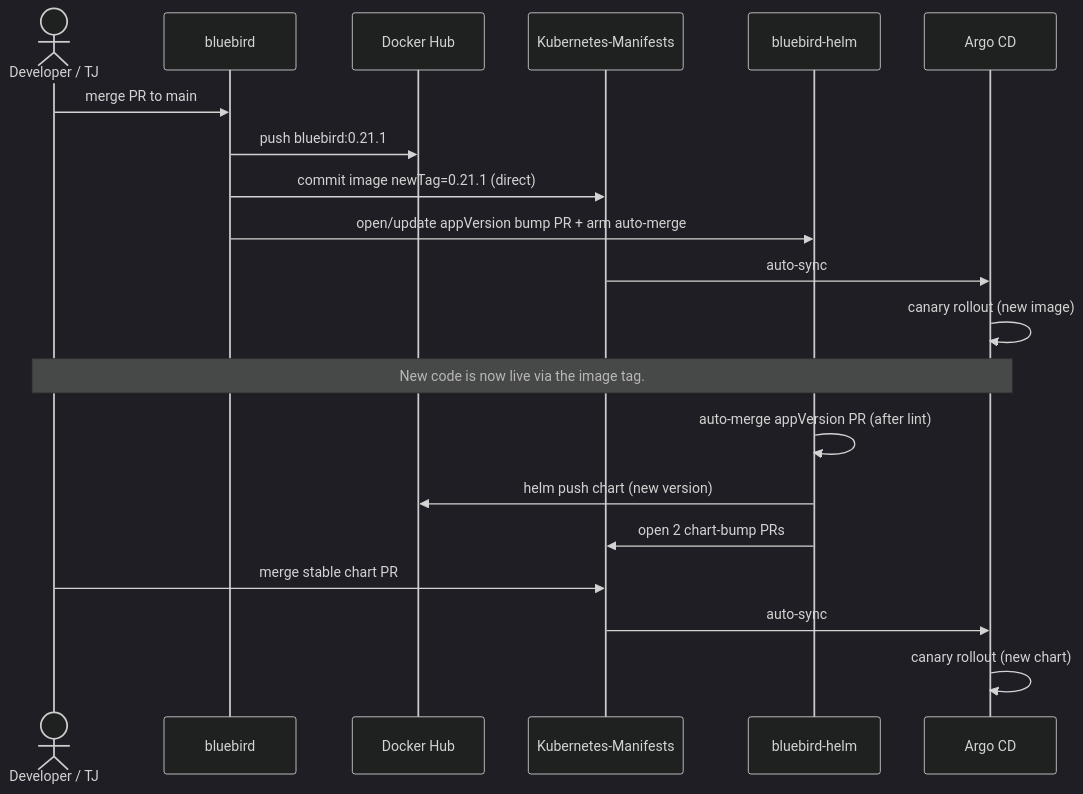
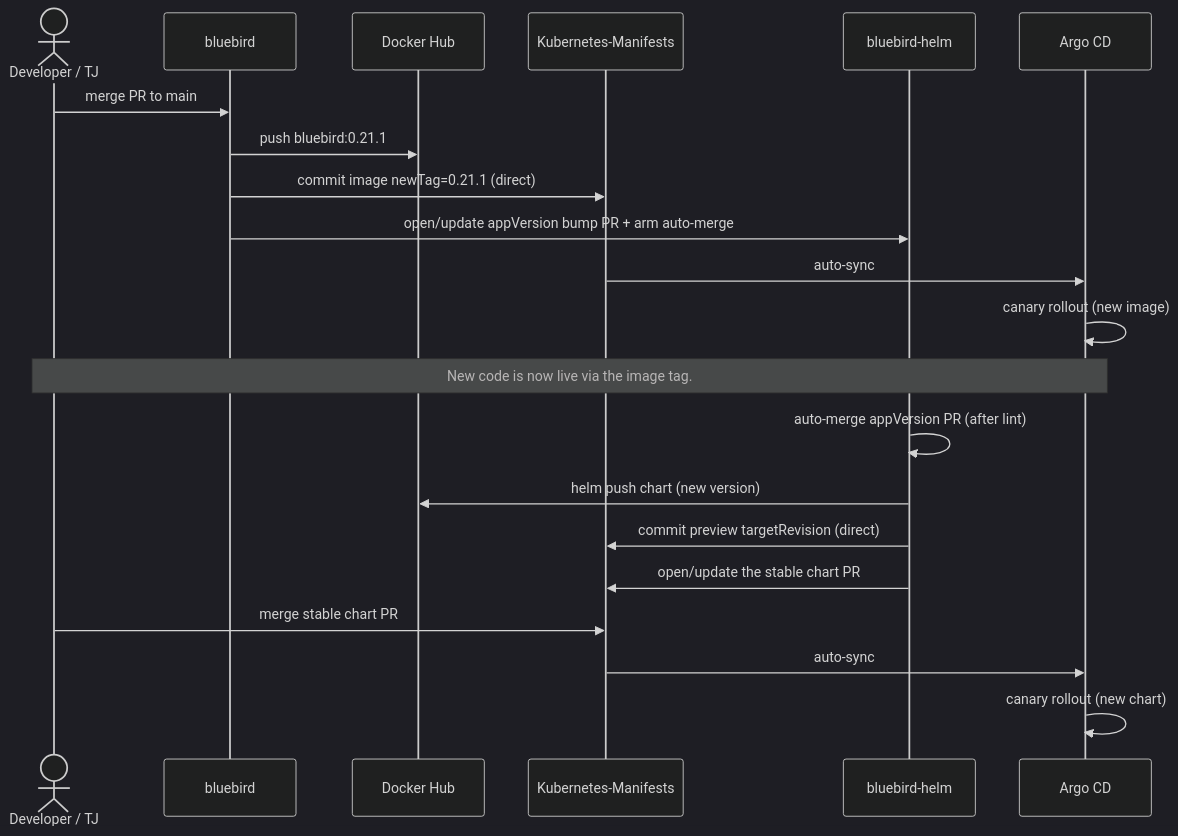
Before and after one commit to zimmertr/bluebird: the sixth of 6 diagrams in docs/CICD.md, drawn with Mermaid (dark theme). The commit also changed other lines of this file, not shown here.

First line of the commit message:
docs: describe the deduped, split chart-bump flow

````diff
--- a/docs/CICD.md
+++ b/docs/CICD.md
@@ -447,23 +463,24 @@
 ```mermaid
 sequenceDiagram
     actor Dev as Developer / TJ
     participant BB as bluebird
     participant DH as Docker Hub
     participant KM as Kubernetes-Manifests
     participant HELM as bluebird-helm
     participant ARGO as Argo CD
 
     Dev->>BB: merge PR to main
     BB->>DH: push bluebird:0.21.1
     BB->>KM: commit image newTag=0.21.1 (direct)
     BB->>HELM: open/update appVersion bump PR + arm auto-merge
     KM->>ARGO: auto-sync
     ARGO->>ARGO: canary rollout (new image)
     Note over Dev,ARGO: New code is now live via the image tag.
     HELM->>HELM: auto-merge appVersion PR (after lint)
     HELM->>DH: helm push chart (new version)
-    HELM->>KM: open 2 chart-bump PRs
+    HELM->>KM: commit preview targetRevision (direct)
+    HELM->>KM: open/update the stable chart PR
     Dev->>KM: merge stable chart PR
     KM->>ARGO: auto-sync
     ARGO->>ARGO: canary rollout (new chart)
 ```
````
